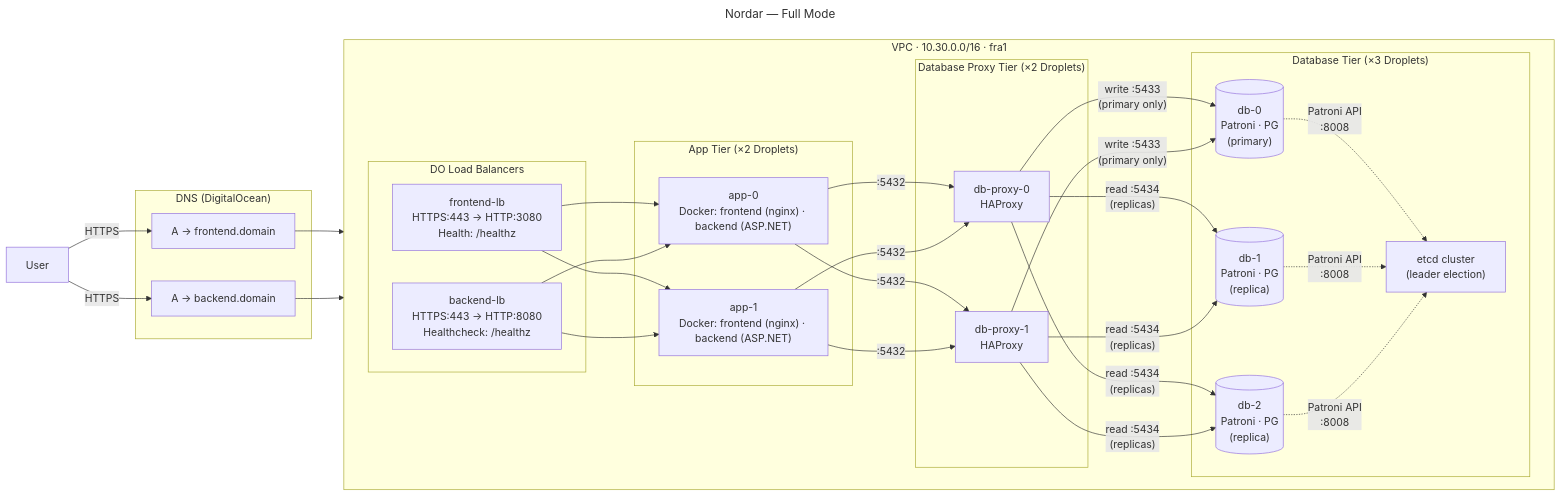
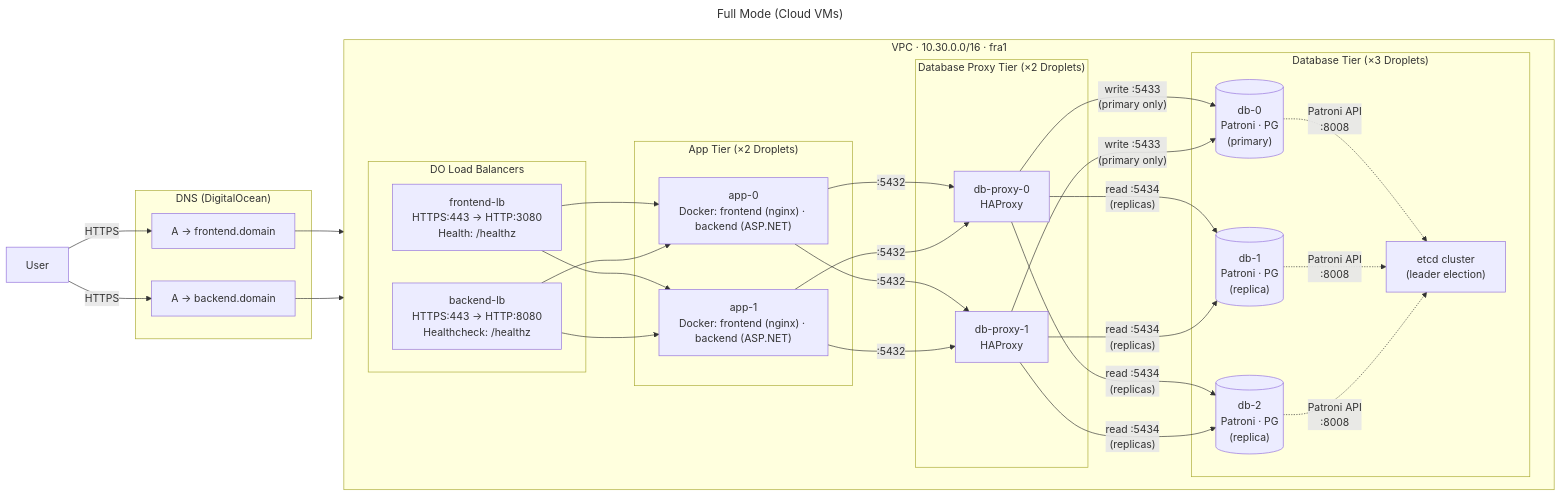
Before and after one commit to clofour/nordar: the second of 2 diagrams in README.md, drawn with Mermaid. The commit also changed other lines of this file, not shown here.

Commit message:
Minor fixes

````diff
--- a/README.md
+++ b/README.md
@@ -137,69 +137,69 @@
 ```mermaid
 ---
-title: "Nordar — Full Mode"
+title: "Full Mode (Cloud VMs)"
 ---
 graph LR
     User["User"]
 
     subgraph DNS["DNS (DigitalOcean)"]
         FrontendDNS["A → frontend.domain"]
         BackendDNS["A → backend.domain"]
     end
 
     subgraph VPC["VPC  ·  10.30.0.0/16  ·  fra1"]
         direction LR
 
         subgraph LB["DO Load Balancers"]
             FrontendLB["frontend-lb\nHTTPS:443 → HTTP:3080\nHealth: /healthz"]
             BackendLB["backend-lb\nHTTPS:443 → HTTP:8080\nHealthcheck: /healthz"]
         end
 
         subgraph AppTier["App Tier (×2 Droplets)"]
             A0["app-0\nDocker: frontend (nginx) · backend (ASP.NET)"]
             A1["app-1\nDocker: frontend (nginx) · backend (ASP.NET)"]
         end
 
         subgraph ProxyTier["Database Proxy Tier (×2 Droplets)"]
             P0["db-proxy-0\nHAProxy"]
             P1["db-proxy-1\nHAProxy"]
         end
 
         subgraph DBTier["Database Tier (×3 Droplets)"]
             DB0[("db-0\nPatroni · PG\n(primary)")]
             DB1[("db-1\nPatroni · PG\n(replica)")]
             DB2[("db-2\nPatroni · PG\n(replica)")]
             etcd["etcd cluster\n(leader election)"]
         end
     end
 
     %% External → LB
     User -- "HTTPS" --> FrontendDNS
     User -- "HTTPS" --> BackendDNS
     FrontendDNS --> FrontendLB
     BackendDNS --> BackendLB
 
     %% LB → App
     FrontendLB --> A0
     FrontendLB --> A1
     BackendLB --> A0
     BackendLB --> A1
 
     %% App → Database Proxy
     A0 -- ":5432" --> P0
     A0 -- ":5432" --> P1
     A1 -- ":5432" --> P0
     A1 -- ":5432" --> P1
 
     %% Proxy → Database (read/write split)
     P0 -- "write :5433\n(primary only)" --> DB0
     P0 -- "read :5434\n(replicas)" --> DB1
     P0 -- "read :5434\n(replicas)" --> DB2
     P1 -- "write :5433\n(primary only)" --> DB0
     P1 -- "read :5434\n(replicas)" --> DB1
     P1 -- "read :5434\n(replicas)" --> DB2
 
     %% etcd coordination
     DB0 -. "Patroni API\n:8008" .-> etcd
     DB1 -. "Patroni API\n:8008" .-> etcd
     DB2 -. "Patroni API\n:8008" .-> etcd
 ```
````
